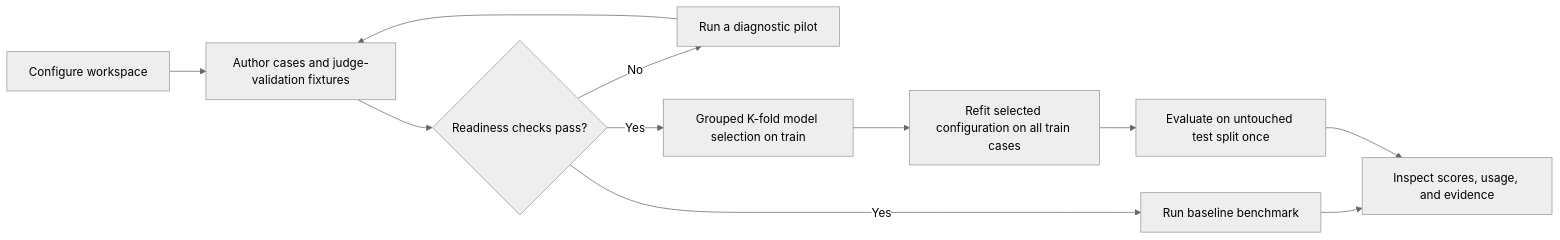
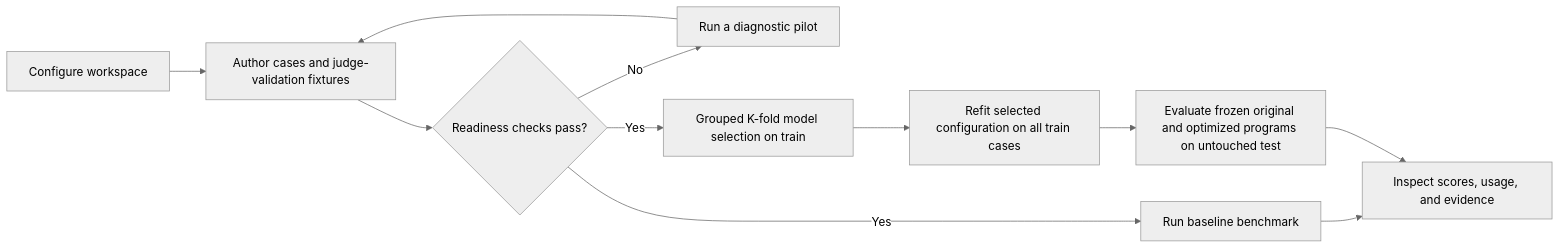
The diagram in docs/index.md (mainsequence-sdk/repo-agent-eval), drawn with Mermaid (neutral theme) before and after one commit. The commit also changed other lines of this file and 558 other files, not shown here.

````diff
--- a/docs/index.md
+++ b/docs/index.md
@@ -10,13 +10,13 @@
 ```mermaid
 flowchart LR
     Setup[Configure workspace] --> Author[Author cases and judge-validation fixtures]
     Author --> Validate{Readiness checks pass?}
     Validate -->|No| Pilot[Run a diagnostic pilot]
     Pilot --> Author
     Validate -->|Yes| Baseline[Run baseline benchmark]
     Validate -->|Yes| Optimize[Grouped K-fold model selection on train]
     Optimize --> Refit[Refit selected configuration on all train cases]
-    Refit --> Test[Evaluate on untouched test split once]
+    Refit --> Test[Evaluate frozen original and optimized programs on untouched test]
     Baseline --> Results[Inspect scores, usage, and evidence]
     Test --> Results
 ```
````
